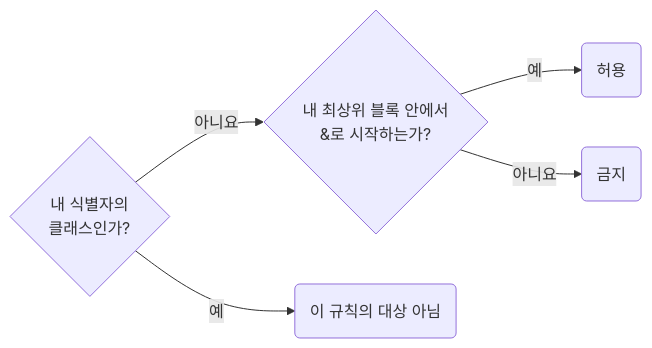
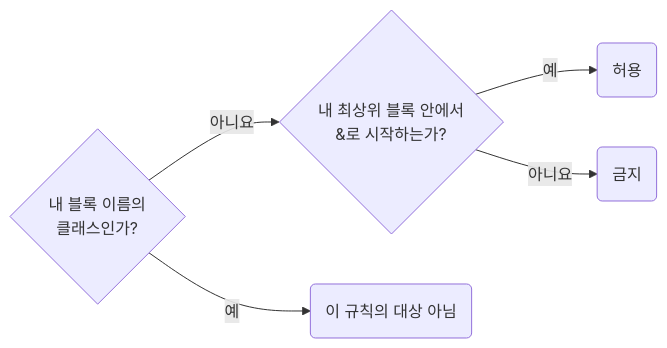
The diagram in skill/css/rules/02-02-ownership-use-foreign-classes-only-under-your-own-root.md (nomeehej/agent-conventions), drawn with Mermaid before and after one commit. The commit also changed other lines of this file and 44 other files, not shown here.

````diff
--- a/skill/css/rules/02-02-ownership-use-foreign-classes-only-under-your-own-root.md
+++ b/skill/css/rules/02-02-ownership-use-foreign-classes-only-under-your-own-root.md
@@ -24,6 +24,6 @@
 ```mermaid
 flowchart LR
-	q1{"내 식별자의<br>클래스인가?"} -- 아니요 --> q2{"내 최상위 블록 안에서<br>&로 시작하는가?"} -- 예 --> r2("허용")
+	q1{"내 블록 이름의<br>클래스인가?"} -- 아니요 --> q2{"내 최상위 블록 안에서<br>&로 시작하는가?"} -- 예 --> r2("허용")
 	q1 -- 예 --> r1("이 규칙의 대상 아님")
 	q2 -- 아니요 --> r3("금지")
 ```
````
